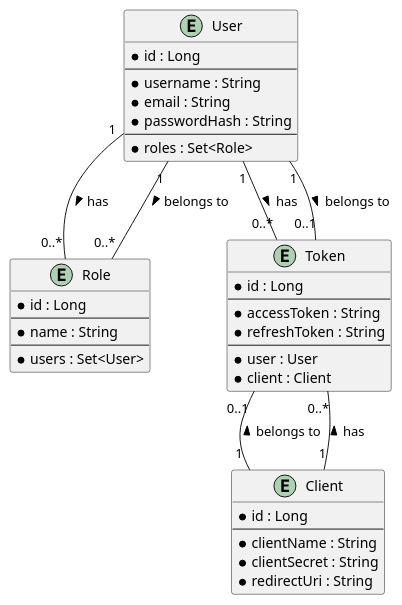
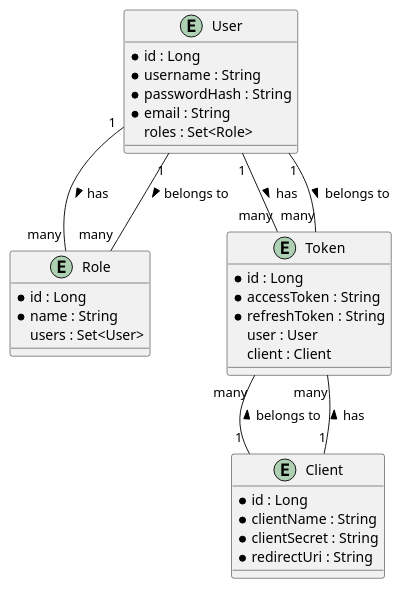
The sixth of 6 diagrams in identityprovider/documentation/detaileddesign.adoc (Dinesh-s95/AutoDoc.ai), drawn with PlantUML before and after one commit. The commit also changed other lines of this file and 4 other files, not shown here.

```diff
--- a/identityprovider/documentation/detaileddesign.adoc
+++ b/identityprovider/documentation/detaileddesign.adoc
@@ -390,47 +420,40 @@
 [plantuml, entity-relationship-diagram, png]
 ----
 @startuml
 entity User {
-  * id : Long
-  --
-  * username : String
-  * email : String
-  * passwordHash : String
-  --
-  * roles : Set<Role>
+    * id : Long
+    * username : String
+    * passwordHash : String
+    * email : String
+    roles : Set<Role>
 }
 
 entity Role {
-  * id : Long
-  --
-  * name : String
-  --
-  * users : Set<User>
+    * id : Long
+    * name : String
+    users : Set<User>
 }
 
 entity Client {
-  * id : Long
-  --
-  * clientName : String
-  * clientSecret : String
-  * redirectUri : String
+    * id : Long
+    * clientName : String
+    * clientSecret : String
+    * redirectUri : String
 }
 
 entity Token {
-  * id : Long
-  --
-  * accessToken : String
-  * refreshToken : String
-  --
-  * user : User
-  * client : Client
+    * id : Long
+    * accessToken : String
+    * refreshToken : String
+    user : User
+    client : Client
 }
 
-User "1" -- "0..*" Role : has >
-Role "0..*" -- "1" User : belongs to <
-User "1" -- "0..*" Token : has >
-Token "0..1" -- "1" User : belongs to <
-Client "1" -- "0..*" Token : has >
-Token "0..1" -- "1" Client : belongs to <
+User "1" -- "many" Role : has >
+Role "many" -- "1" User : belongs to <
+User "1" -- "many" Token : has >
+Token "many" -- "1" User : belongs to <
+Client "1" -- "many" Token : has >
+Token "many" -- "1" Client : belongs to <
 @enduml
 ----
```
